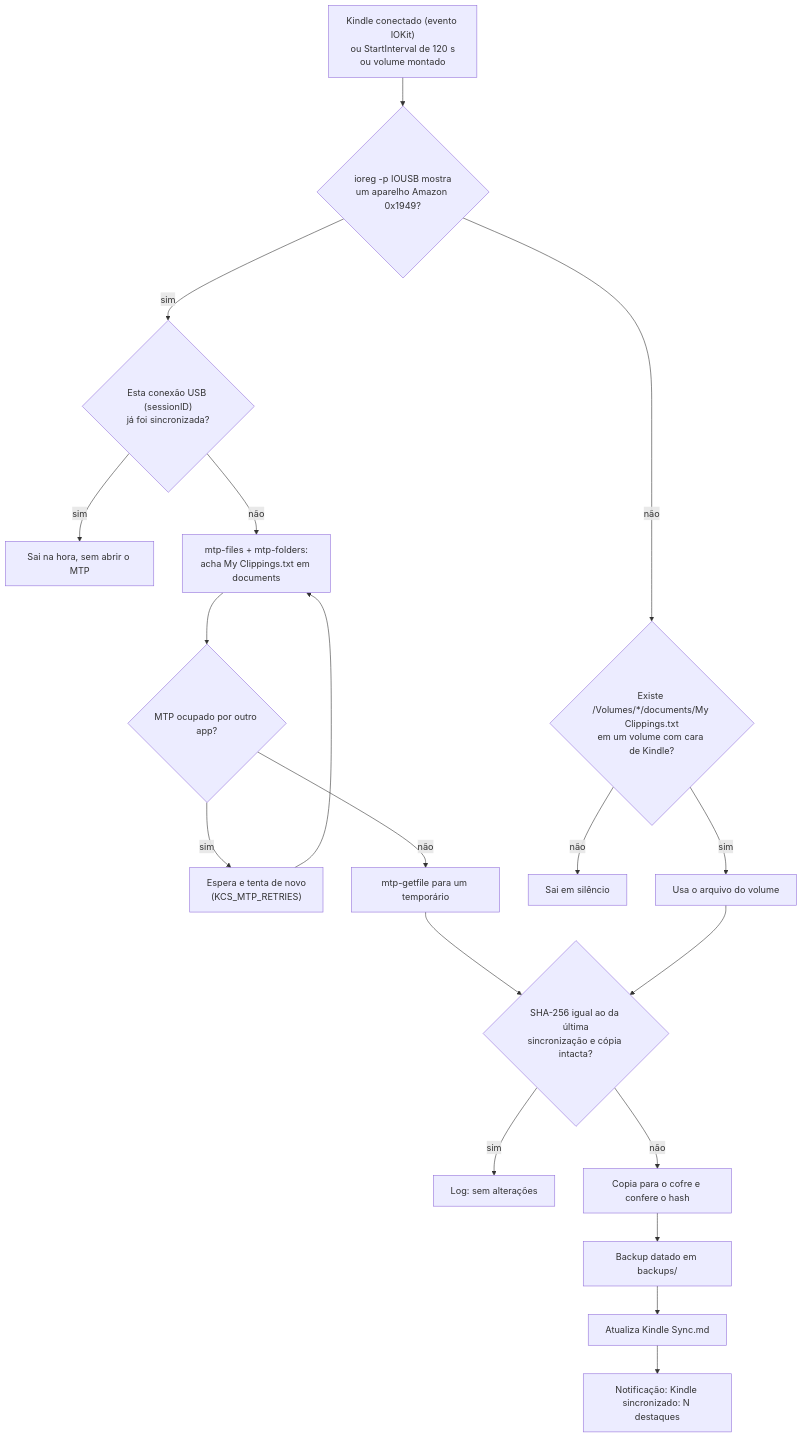
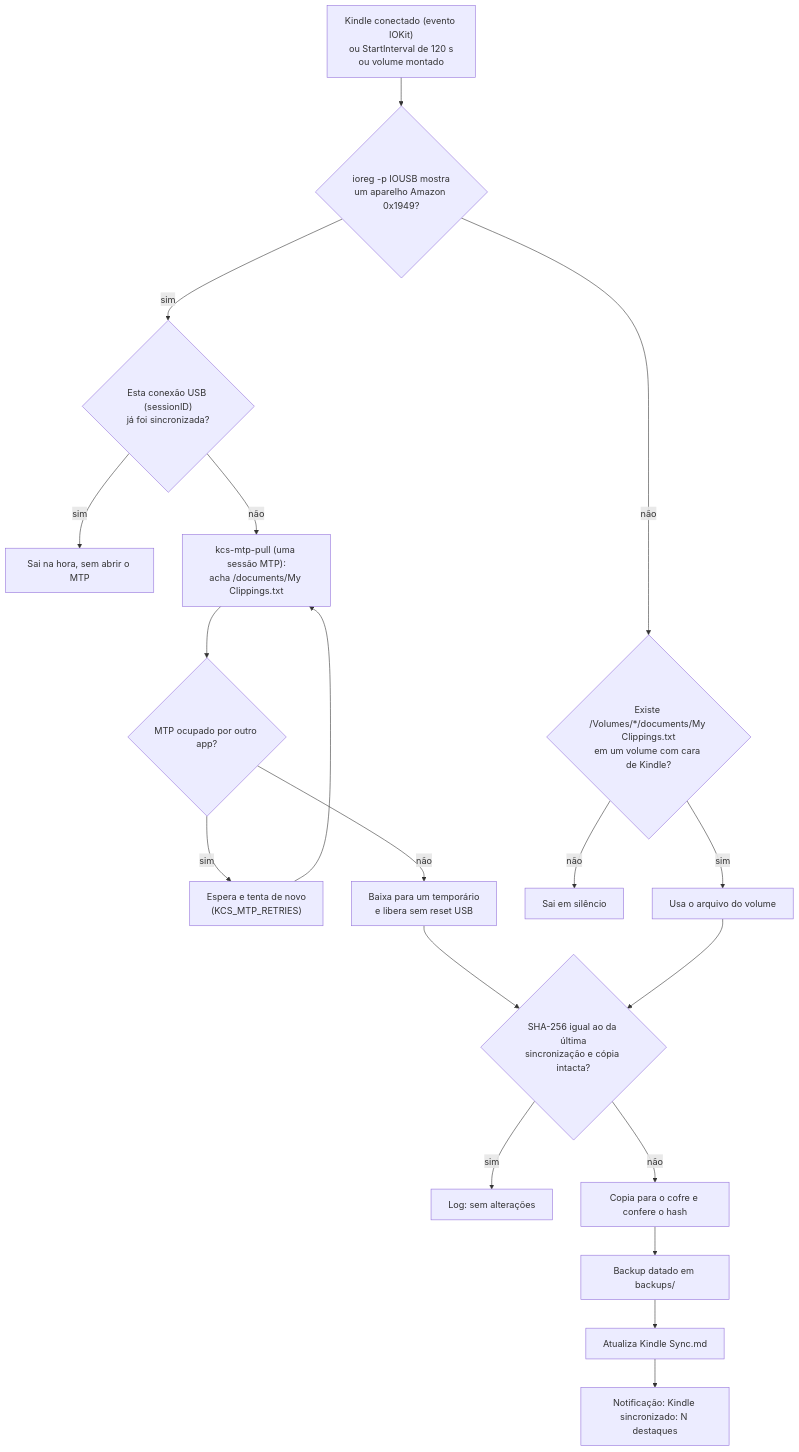
One commit to gabrieldesousah/kindle-clippings-sync changed the diagram in README.md. Above: the diagram before and after it, drawn with Mermaid. The commit also changed other lines of this file and 7 other files, not shown here.

First line of the commit message:
MTP numa unica sessao sem reset USB (kcs-mtp-pull) e correcao de sinais do helper

````diff
--- a/README.md
+++ b/README.md
@@ -28,20 +28,20 @@
 ```mermaid
 flowchart TD
     A["Kindle conectado (evento IOKit)<br/>ou StartInterval de 120 s<br/>ou volume montado"] --> B{"ioreg -p IOUSB mostra<br/>um aparelho Amazon 0x1949?"}
     B -- sim --> C{"Esta conexão USB (sessionID)<br/>já foi sincronizada?"}
     C -- sim --> Z1["Sai na hora, sem abrir o MTP"]
-    C -- não --> D["mtp-files + mtp-folders:<br/>acha My Clippings.txt em documents"]
+    C -- não --> D["kcs-mtp-pull (uma sessão MTP):<br/>acha /documents/My Clippings.txt"]
     D --> E{"MTP ocupado por outro app?"}
     E -- sim --> F["Espera e tenta de novo<br/>(KCS_MTP_RETRIES)"] --> D
-    E -- não --> G["mtp-getfile para um temporário"]
+    E -- não --> G["Baixa para um temporário<br/>e libera sem reset USB"]
     B -- não --> H{"Existe /Volumes/*/documents/My Clippings.txt<br/>em um volume com cara de Kindle?"}
     H -- não --> Z2["Sai em silêncio"]
     H -- sim --> I["Usa o arquivo do volume"]
     G --> J{"SHA-256 igual ao da última<br/>sincronização e cópia intacta?"}
     I --> J
     J -- sim --> K["Log: sem alterações"]
     J -- não --> L["Copia para o cofre e confere o hash"]
     L --> M["Backup datado em backups/"]
     M --> N["Atualiza Kindle Sync.md"]
     N --> O["Notificação: Kindle sincronizado: N destaques"]
 ```
````
